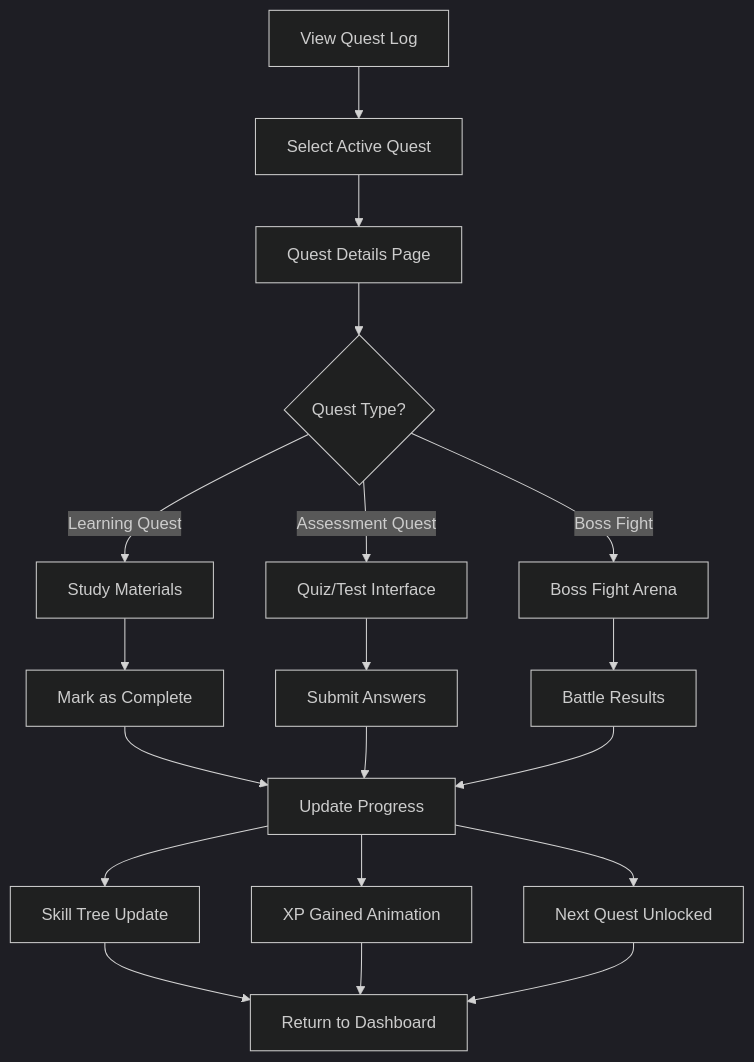
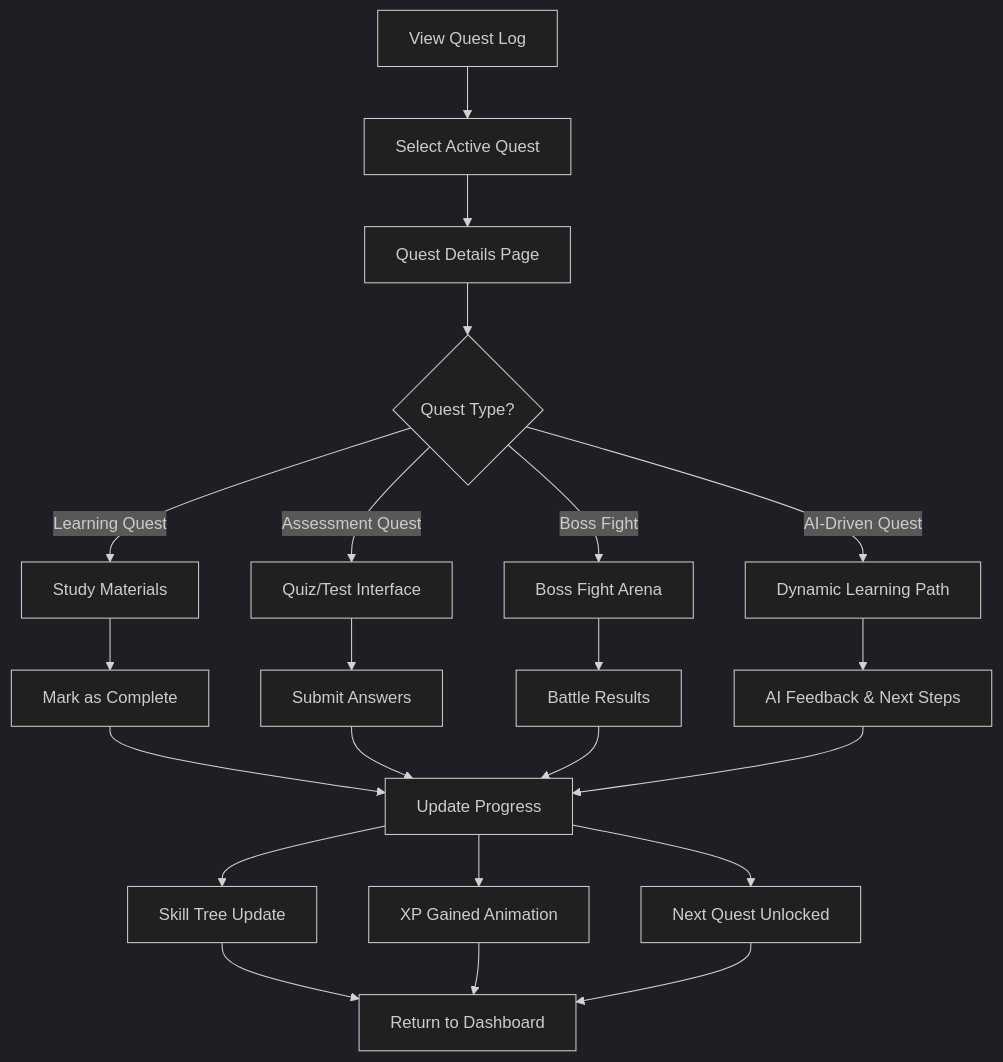
One commit to FA25SE050-RogueLearn/RogueLearn.BMAD.Documentation changed the second of 16 diagrams in docs/front-end-spec/user-flows-wireframes.md. Above: the diagram before and after it, drawn with Mermaid (dark theme). The commit also changed other lines of this file and 1 other file, not shown here.

First line of the commit message:
docs(front-end-spec): expand user flows documentation with detailed feature flows

````diff
--- a/docs/front-end-spec/user-flows-wireframes.md
+++ b/docs/front-end-spec/user-flows-wireframes.md
@@ -31,26 +37,29 @@
 ```mermaid
 graph TD
     A[View Quest Log] --> B[Select Active Quest]
     B --> C[Quest Details Page]
     C --> D{Quest Type?}
     
     D -->|Learning Quest| E[Study Materials]
     D -->|Assessment Quest| F[Quiz/Test Interface]
     D -->|Boss Fight| G[Boss Fight Arena]
+    D -->|AI-Driven Quest| H[Dynamic Learning Path]
     
-    E --> H[Mark as Complete]
-    F --> I[Submit Answers]
-    G --> J[Battle Results]
+    E --> I[Mark as Complete]
+    F --> J[Submit Answers]
+    G --> K[Battle Results]
+    H --> L[AI Feedback & Next Steps]
     
-    H --> K[Update Progress]
-    I --> K
-    J --> K
+    I --> M[Update Progress]
+    J --> M
+    K --> M
+    L --> M
     
-    K --> L[Skill Tree Update]
-    K --> M[XP Gained Animation]
-    K --> N[Next Quest Unlocked]
+    M --> N[Skill Tree Update]
+    M --> O[XP Gained Animation]
+    M --> P[Next Quest Unlocked]
     
-    L --> O[Return to Dashboard]
-    M --> O
-    N --> O
+    N --> Q[Return to Dashboard]
+    O --> Q
+    P --> Q
 ```
````
